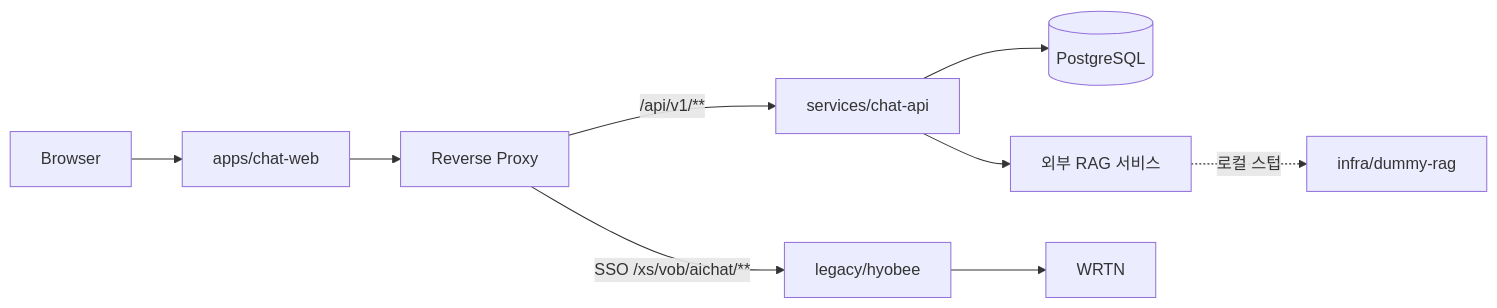
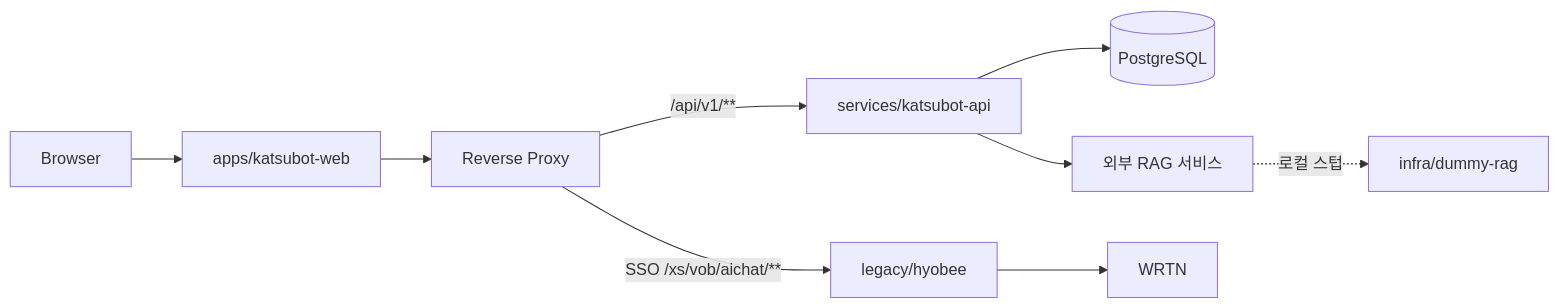
Before and after one commit to katsulabs/katsulabs-katsubot: the diagram in docs/02-modernization-plan.md, drawn with Mermaid. The commit also changed other lines of this file and 34 other files, not shown here.

First line of the commit message:
docs(KC-007-modernization): katsubot-api/web 리네임 및 마이그레이션 문서 갱신

````diff
--- a/docs/02-modernization-plan.md
+++ b/docs/02-modernization-plan.md
@@ -147,17 +147,17 @@
 ```mermaid
 flowchart LR
   User[Browser]
   GW[Reverse Proxy]
   Legacy[legacy/hyobee]
-  API[services/chat-api]
-  Web[apps/chat-web]
+  API[services/katsubot-api]
+  Web[apps/katsubot-web]
 
   User --> Web
   Web --> GW
   GW -->|/api/v1/**| API
   GW -->|SSO /xs/vob/aichat/**| Legacy
   API --> Postgres[(PostgreSQL)]
   API --> ExternalRAG[외부 RAG 서비스]
   ExternalRAG -.->|로컬 스텁| DummyRAG[infra/dummy-rag]
   Legacy --> WRTN[WRTN]
 ```
````
